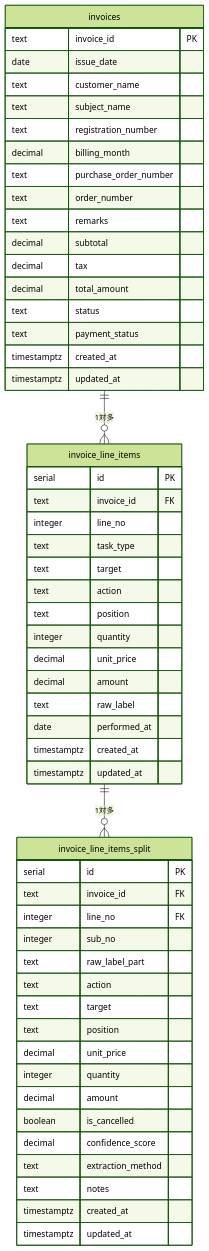
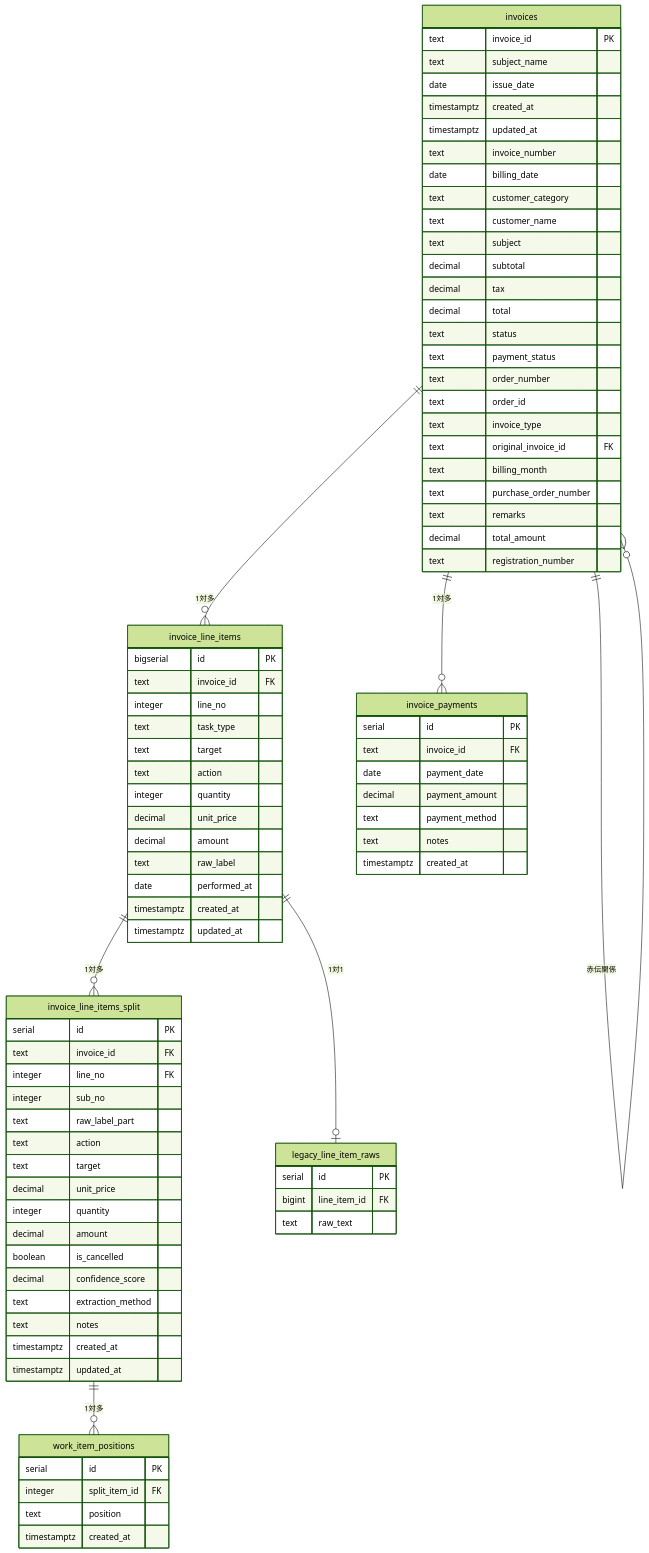
The diagram in DATABASE_SCHEMA.md (TAKA1040/bankincafe), drawn with Mermaid (forest theme) before and after one commit. The commit also changed other lines of this file and 20 other files, not shown here.

````diff
--- a/DATABASE_SCHEMA.md
+++ b/DATABASE_SCHEMA.md
@@ -115,31 +167,38 @@
 erDiagram
     invoices {
         text invoice_id PK
+        text subject_name
         date issue_date
+        timestamptz created_at
+        timestamptz updated_at
+        text invoice_number
+        date billing_date
+        text customer_category
         text customer_name
-        text subject_name
-        text registration_number
-        decimal billing_month
-        text purchase_order_number
-        text order_number
-        text remarks
+        text subject
         decimal subtotal
         decimal tax
-        decimal total_amount
+        decimal total
         text status
         text payment_status
-        timestamptz created_at
-        timestamptz updated_at
+        text order_number
+        text order_id
+        text invoice_type
+        text original_invoice_id FK
+        text billing_month
+        text purchase_order_number
+        text remarks
+        decimal total_amount
+        text registration_number
     }
     
     invoice_line_items {
-        serial id PK
+        bigserial id PK
         text invoice_id FK
         integer line_no
         text task_type
         text target
         text action
-        text position
         integer quantity
         decimal unit_price
         decimal amount
@@ -157,7 +216,6 @@
         text raw_label_part
         text action
         text target
-        text position
         decimal unit_price
         integer quantity
         decimal amount
@@ -168,7 +226,34 @@
         timestamptz created_at
         timestamptz updated_at
     }
+    
+    work_item_positions {
+        serial id PK
+        integer split_item_id FK
+        text position
+        timestamptz created_at
+    }
+    
+    invoice_payments {
+        serial id PK
+        text invoice_id FK
+        date payment_date
+        decimal payment_amount
+        text payment_method
+        text notes
+        timestamptz created_at
+    }
+    
+    legacy_line_item_raws {
+        serial id PK
+        bigint line_item_id FK
+        text raw_text
+    }
 
     invoices ||--o{ invoice_line_items : "1対多"
+    invoices ||--o{ invoice_payments : "1対多"
+    invoices ||--o{ invoices : "赤伝関係"
     invoice_line_items ||--o{ invoice_line_items_split : "1対多"
+    invoice_line_items ||--o| legacy_line_item_raws : "1対1"
+    invoice_line_items_split ||--o{ work_item_positions : "1対多"
 ```
````
